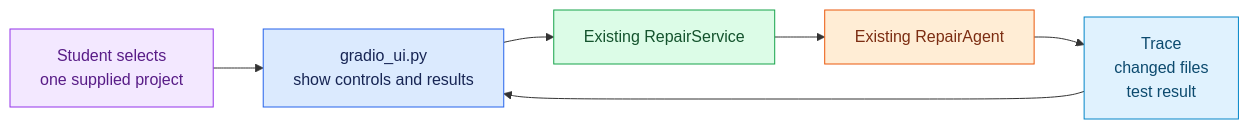
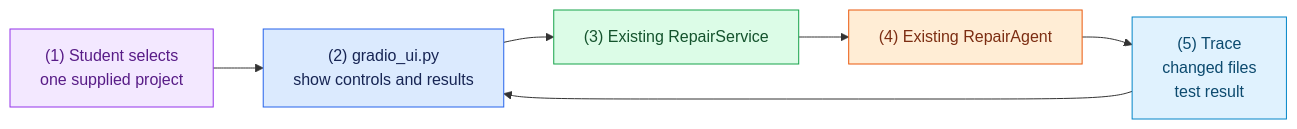
One commit to ForgettaAnthony/coding-agent-lab changed the diagram in tasks/06-gradio-ui.md. Above: the diagram before and after it, drawn with Mermaid. The commit also changed other lines of this file and 8 other files, not shown here.

Commit message:
docs: number task flow diagrams

````diff
--- a/tasks/06-gradio-ui.md
+++ b/tasks/06-gradio-ui.md
@@ -12,20 +14,20 @@
 ```mermaid
 flowchart LR
-    person["Student selects\none supplied project"] --> ui["gradio_ui.py\nshow controls and results"]
-    ui --> service["Existing RepairService"]
-    service --> agent["Existing RepairAgent"]
-    agent --> result["Trace\nchanged files\ntest result"]
+    person["(1) Student selects\none supplied project"] --> ui["(2) gradio_ui.py\nshow controls and results"]
+    ui --> service["(3) Existing RepairService"]
+    service --> agent["(4) Existing RepairAgent"]
+    agent --> result["(5) Trace\nchanged files\ntest result"]
     result --> ui
 
     classDef personBox fill:#f3e8ff,stroke:#9333ea,color:#581c87
     classDef uiBox fill:#dbeafe,stroke:#2563eb,color:#172554
     classDef serviceBox fill:#dcfce7,stroke:#16a34a,color:#14532d
     classDef agentBox fill:#ffedd5,stroke:#ea580c,color:#7c2d12
     classDef resultBox fill:#e0f2fe,stroke:#0284c7,color:#0c4a6e
 
     class person personBox
     class ui uiBox
     class service serviceBox
     class agent agentBox
     class result resultBox
 ```
````
